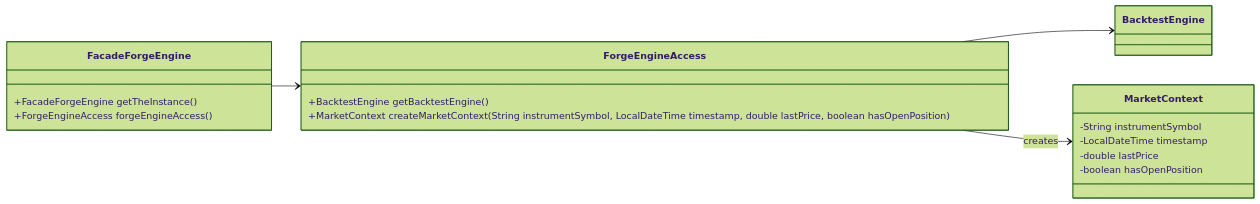
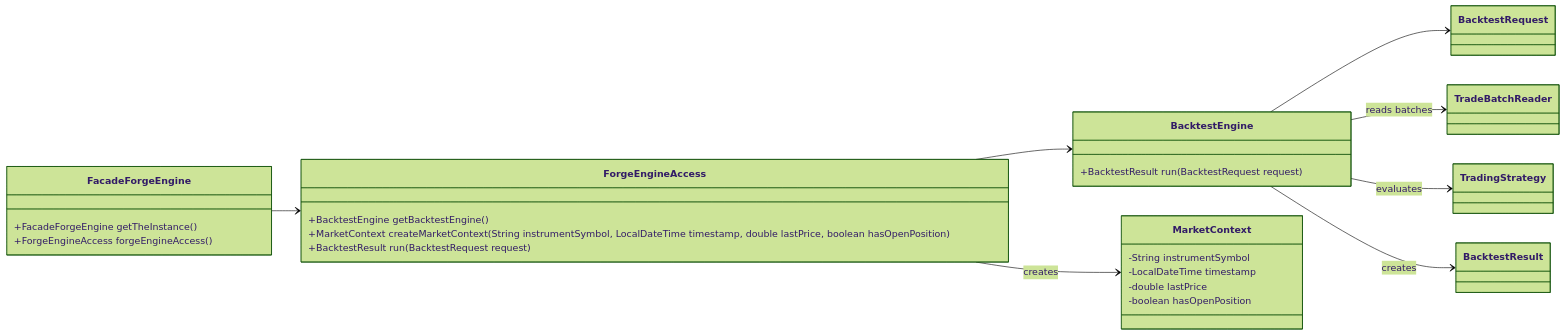
One commit to probst-paul/FORGE changed diagram 15 of 19 in class-model.md. Above: the diagram before and after it, drawn with Mermaid (forest theme). The commit also changed other lines of this file and 7 other files, not shown here.

First line of the commit message:
Add simple batch-driven backtest engine

````diff
--- a/class-model.md
+++ b/class-model.md
@@ -853,27 +853,34 @@
 ```mermaid
 classDiagram
     direction LR
 
     class FacadeForgeEngine {
         +FacadeForgeEngine getTheInstance()
         +ForgeEngineAccess forgeEngineAccess()
     }
 
     class ForgeEngineAccess {
         +BacktestEngine getBacktestEngine()
         +MarketContext createMarketContext(String instrumentSymbol, LocalDateTime timestamp, double lastPrice, boolean hasOpenPosition)
+        +BacktestResult run(BacktestRequest request)
     }
 
-    class BacktestEngine
+    class BacktestEngine {
+        +BacktestResult run(BacktestRequest request)
+    }
 
     class MarketContext {
         -String instrumentSymbol
         -LocalDateTime timestamp
         -double lastPrice
         -boolean hasOpenPosition
     }
 
     FacadeForgeEngine --> ForgeEngineAccess
     ForgeEngineAccess --> BacktestEngine
     ForgeEngineAccess --> MarketContext : creates
+    BacktestEngine --> BacktestRequest
+    BacktestEngine --> TradeBatchReader : reads batches
+    BacktestEngine --> TradingStrategy : evaluates
+    BacktestEngine --> BacktestResult : creates
 ```
````
